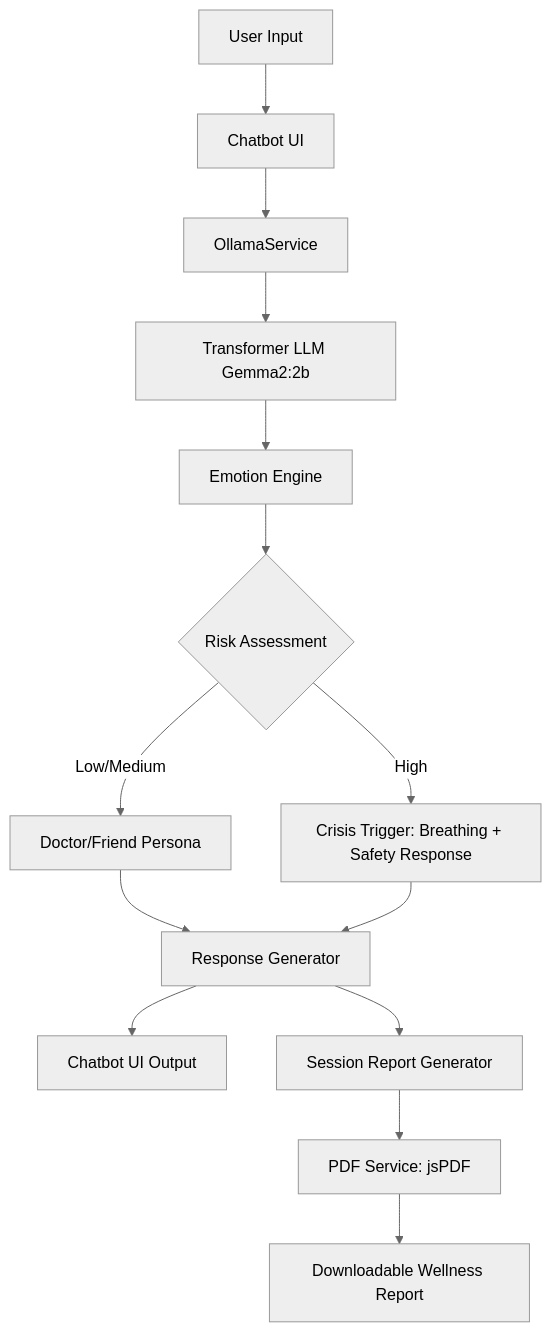
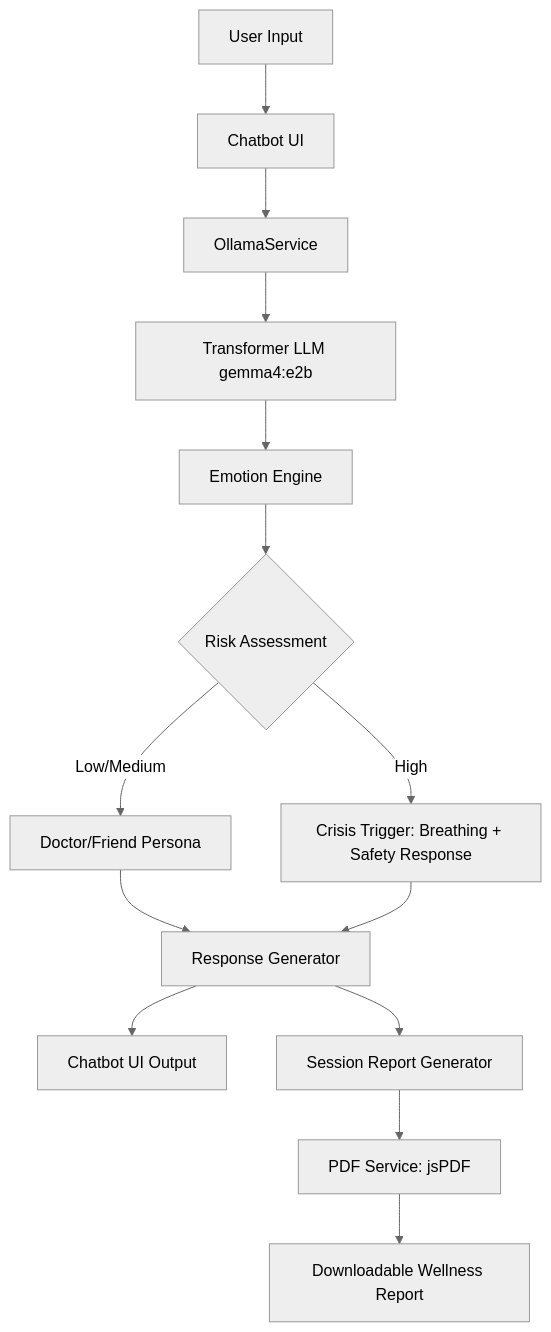
One commit to skarthi369/mental-wellness-chatbot-ai-agent- changed the diagram in README.md. Above: the diagram before and after it, drawn with Mermaid (neutral theme). The commit also changed other lines of this file, not shown here.

````diff
--- a/README.md
+++ b/README.md
@@ -17,16 +17,16 @@
 ```mermaid
 flowchart TD
     A[User Input] --> B[Chatbot UI]
     B --> C[OllamaService]
-    C --> D[Transformer LLM Gemma2:2b]
+    C --> D[Transformer LLM gemma4:e2b]
     D --> E[Emotion Engine]
     E --> F{Risk Assessment}
     F -->|Low/Medium| G[Doctor/Friend Persona]
     F -->|High| H[Crisis Trigger: Breathing + Safety Response]
     G --> I[Response Generator]
     H --> I[Response Generator]
     I --> J[Chatbot UI Output]
     I --> K[Session Report Generator]
     K --> L[PDF Service: jsPDF]
     L --> M[Downloadable Wellness Report]
 ```
````
